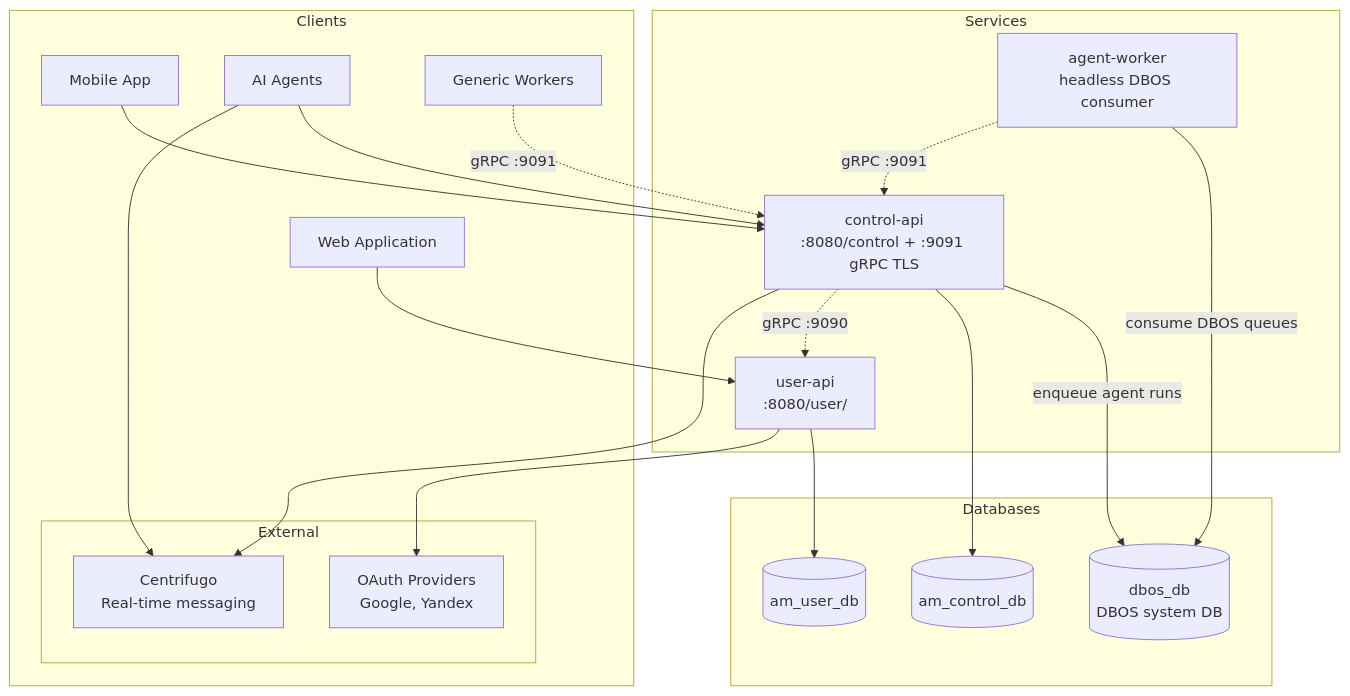
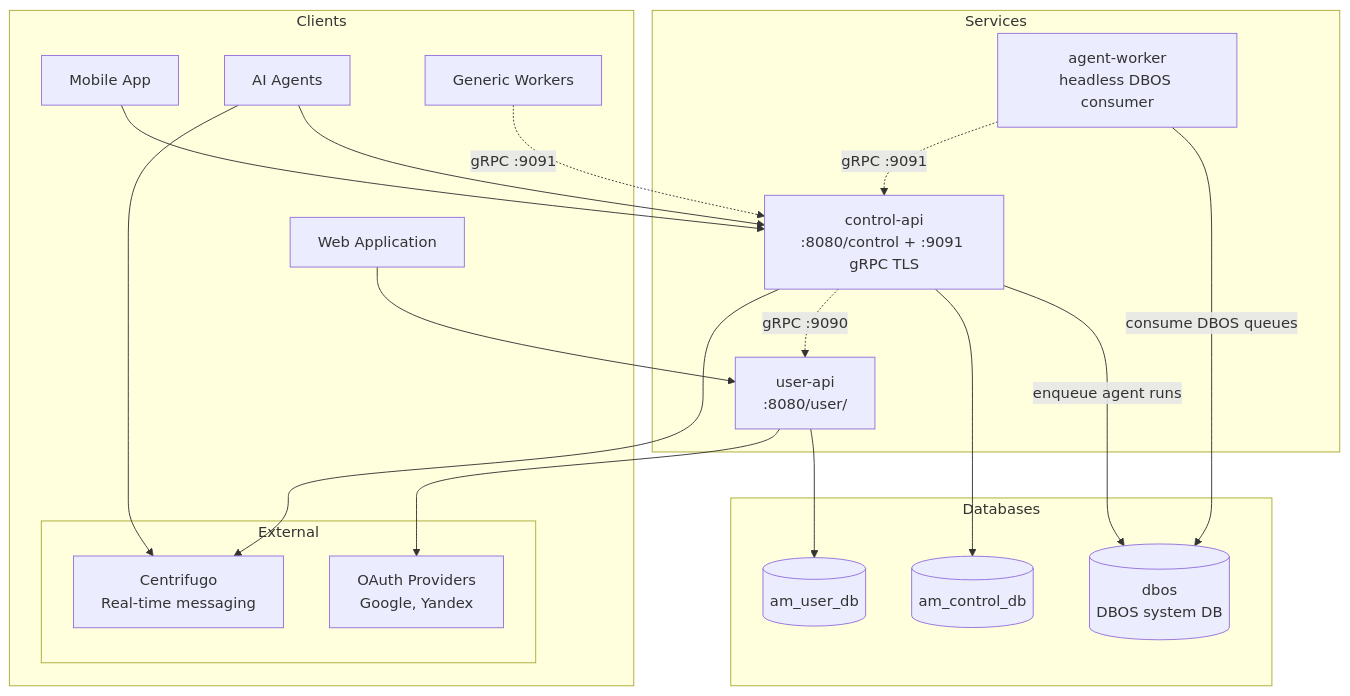
Before and after one commit to AgiMateIo/agimate-backend: the diagram in docs/architecture.md, drawn with Mermaid. The commit also changed 14 other files, not shown here.

````diff
--- a/docs/architecture.md
+++ b/docs/architecture.md
@@ -5,43 +5,43 @@
 ```mermaid
 graph TB
     subgraph "Clients"
         WebApp[Web Application]
         MobileApp[Mobile App]
         External[External Systems]
         Agents[AI Agents]
         Workers[Generic Workers]
     end
 
     subgraph "Services"
         UserAPI[user-api<br/>:8080/user/]
         ControlAPI[control-api<br/>:8080/control + :9091 gRPC TLS]
         AgentWorker[agent-worker<br/>headless DBOS consumer]
     end
 
     subgraph "Databases"
         UserDB[(am_user_db)]
         ControlDB[(am_control_db)]
-        DbosDB[(dbos_db<br/>DBOS system DB)]
+        DbosDB[(dbos<br/>DBOS system DB)]
     end
 
     subgraph "External"
         Centrifugo[Centrifugo<br/>Real-time messaging]
         OAuth[OAuth Providers<br/>Google, Yandex]
     end
 
     WebApp --> UserAPI
     MobileApp --> ControlAPI
     Agents --> ControlAPI
     Agents --> Centrifugo
     Workers -.->|gRPC :9091| ControlAPI
 
     UserAPI --> UserDB
     ControlAPI --> ControlDB
     ControlAPI -->|enqueue agent runs| DbosDB
     AgentWorker -->|consume DBOS queues| DbosDB
     AgentWorker -.->|gRPC :9091| ControlAPI
 
     UserAPI --> OAuth
     ControlAPI --> Centrifugo
     ControlAPI -.->|gRPC :9090| UserAPI
 ```
````
